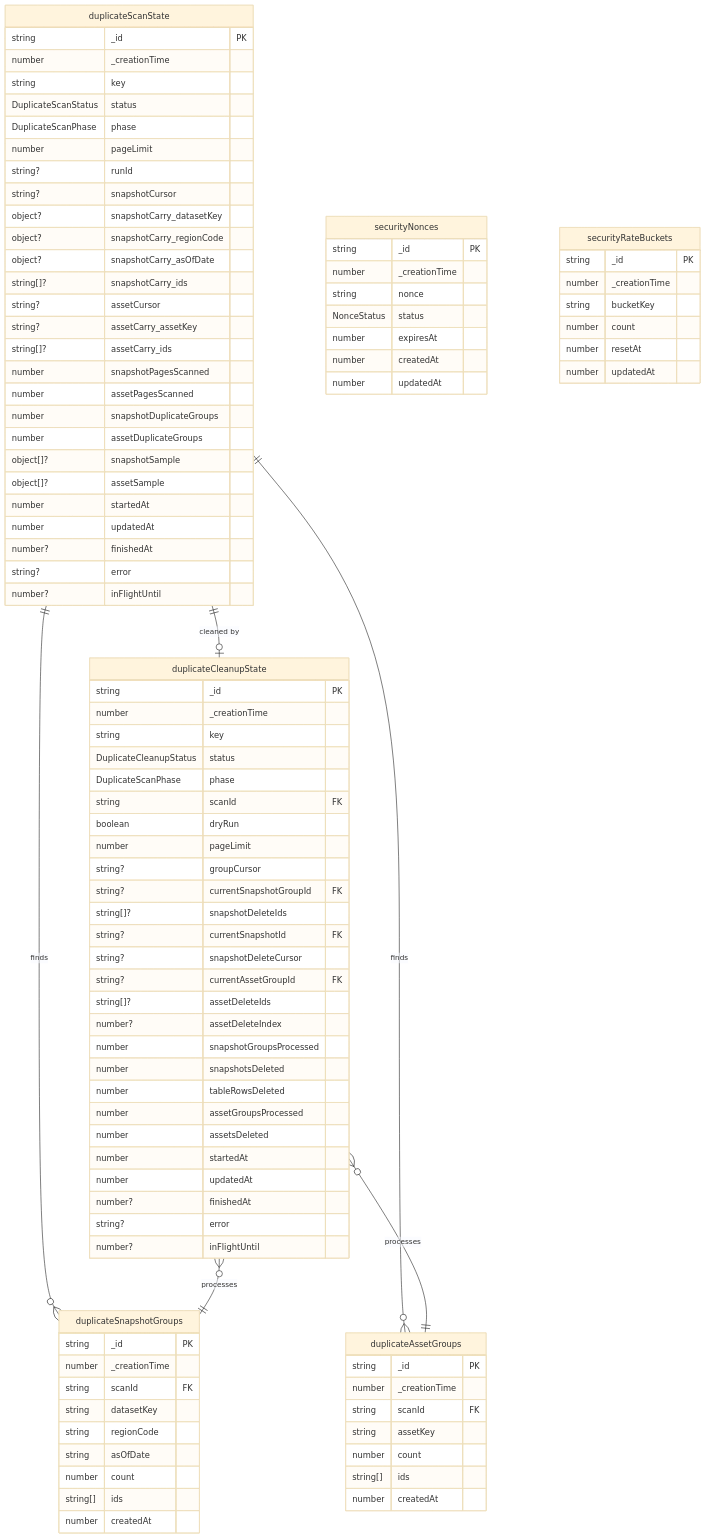
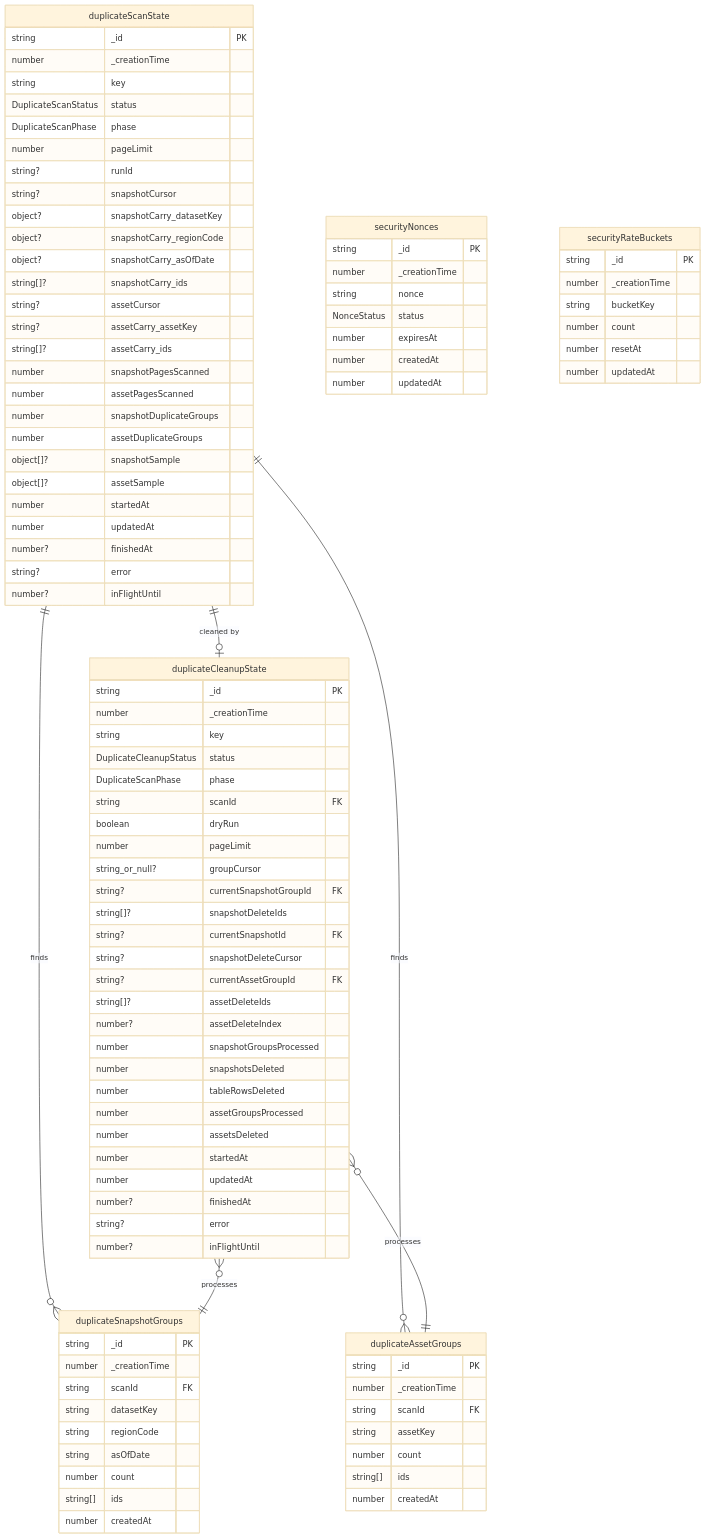
The fourth of 5 diagrams in DATA_MODEL.md (nostreet123/DCF-Dashboard), drawn with Mermaid (base theme) before and after one commit. The commit also changed other lines of this file and 11 other files, not shown here.

```diff
--- a/DATA_MODEL.md
+++ b/DATA_MODEL.md
@@ -370,7 +370,7 @@
         string scanId FK
         boolean dryRun
         number pageLimit
-        string? groupCursor
+        string_or_null? groupCursor
         string? currentSnapshotGroupId FK
         string[]? snapshotDeleteIds
         string? currentSnapshotId FK
```
